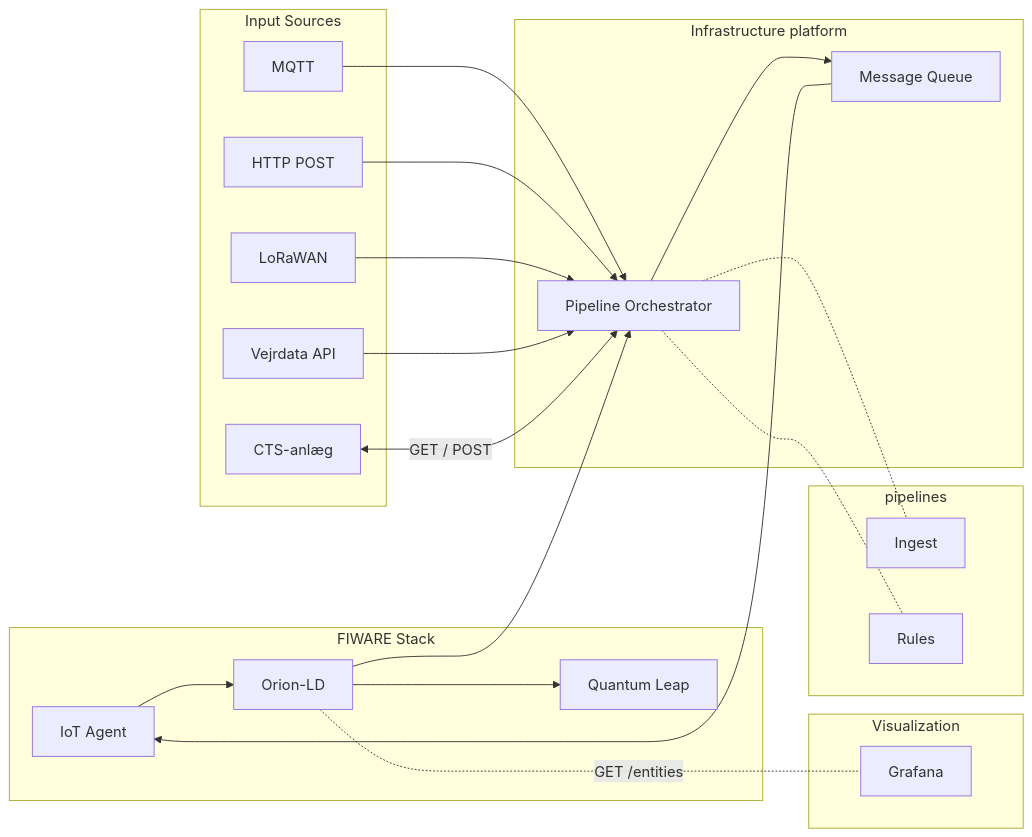
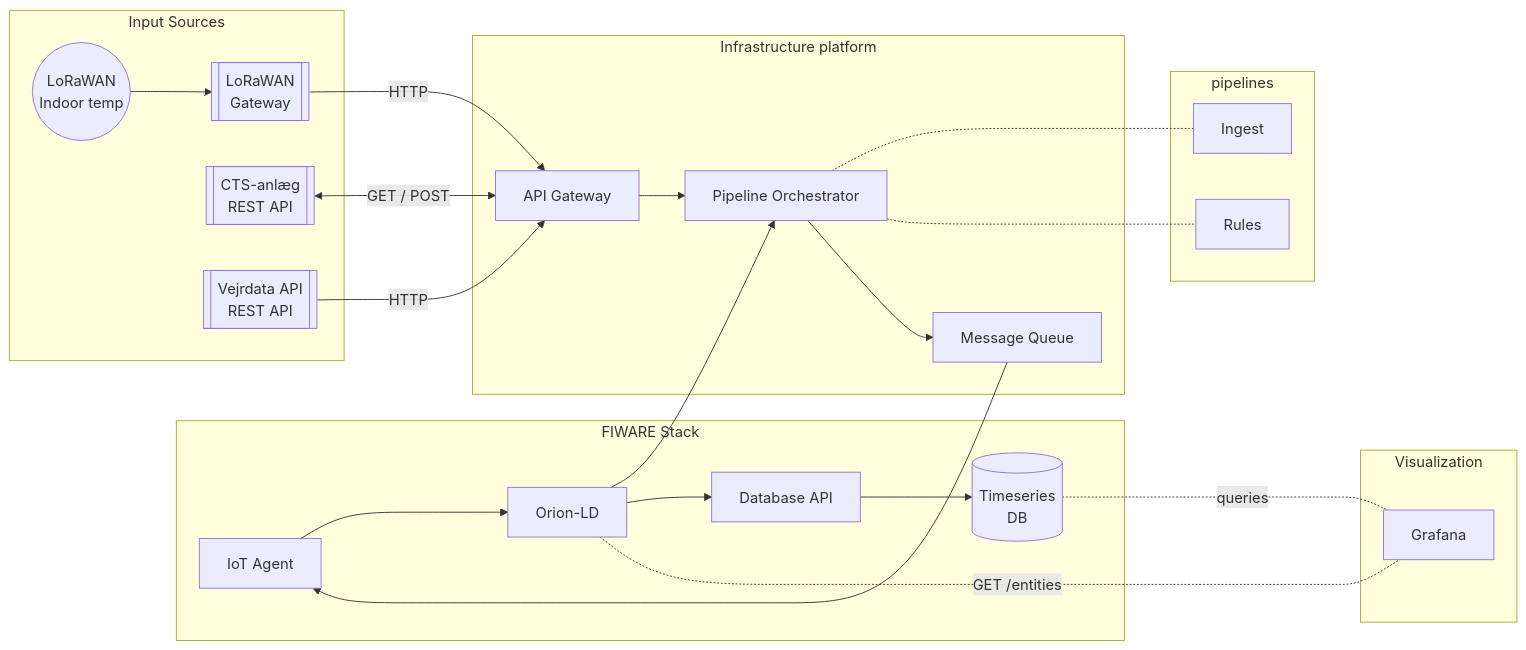
One commit to OS2sandbox/ai-heatcontrol changed the diagram in docs/content/architecture.md. Above: the diagram before and after it, drawn with Mermaid. The commit also changed other lines of this file and 1 other file, not shown here.

Commit message:
fix: update Mermaid library to version 11 and adjust diagram styling

````diff
--- a/docs/content/architecture.md
+++ b/docs/content/architecture.md
@@ -13,42 +45,46 @@
 ```mermaid
 flowchart LR
- subgraph FIWARE ["FIWARE Stack"]
+subgraph FIWARE ["FIWARE Stack"]
         IOT[IoT Agent]
         ORION[Orion-LD]
-        QL[Quantum Leap]
+        QL[Database API]
+        TS[(Timeseries<br/>DB)]
     end
 
     subgraph INPUT ["Input Sources"]
-        MQTT[MQTT]
-        HTTP[HTTP POST]
-        LORA[LoRaWAN]
-        CTS[CTS-anlæg]
-        WEATHER[Vejrdata API]
+        LORA((LoRaWAN<br/>Indoor temp))
+        GATEWAY[[LoRaWAN<br/>Gateway]]
+        CTS[[CTS-anlæg<br/>REST API]]
+        WEATHER[[Vejrdata API<br/>REST API]]
     end
     
     subgraph pipelines
     P1[Ingest]
     P2[Rules]
     end
 
     subgraph PLATFORM["Infrastructure platform"]
-        
+    INGRESS[API Gateway]
     PIPELINE[Pipeline Orchestrator]
     NATS[Message Queue]
     end
-   
+    
     
     subgraph VIZ ["Visualization"]
         GRAFANA[Grafana]
     end
 
     ORION --> PIPELINE 
-    PIPELINE -.- P1 & P2
-    MQTT & HTTP & LORA & WEATHER --> PIPELINE
-    CTS <-->|GET / POST|PIPELINE 
+    PIPELINE -..- P1 & P2
+    WEATHER -->|HTTP| INGRESS
+    LORA --> GATEWAY -->|HTTP| INGRESS
+    INGRESS --> PIPELINE
+    CTS <-->|GET / POST| INGRESS 
 
     PIPELINE --> NATS --> IOT
     IOT --> ORION
     ORION --> QL
+    QL --> TS
     ORION <-..-|GET /entities| GRAFANA
+    TS <-..-|queries| GRAFANA
 ```
````
